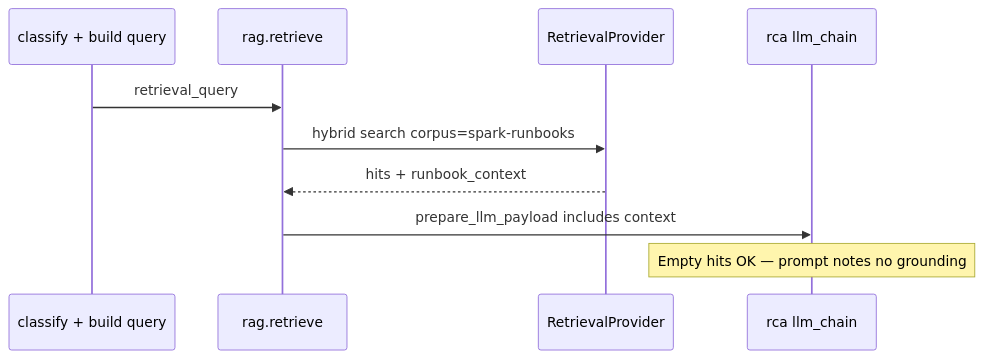
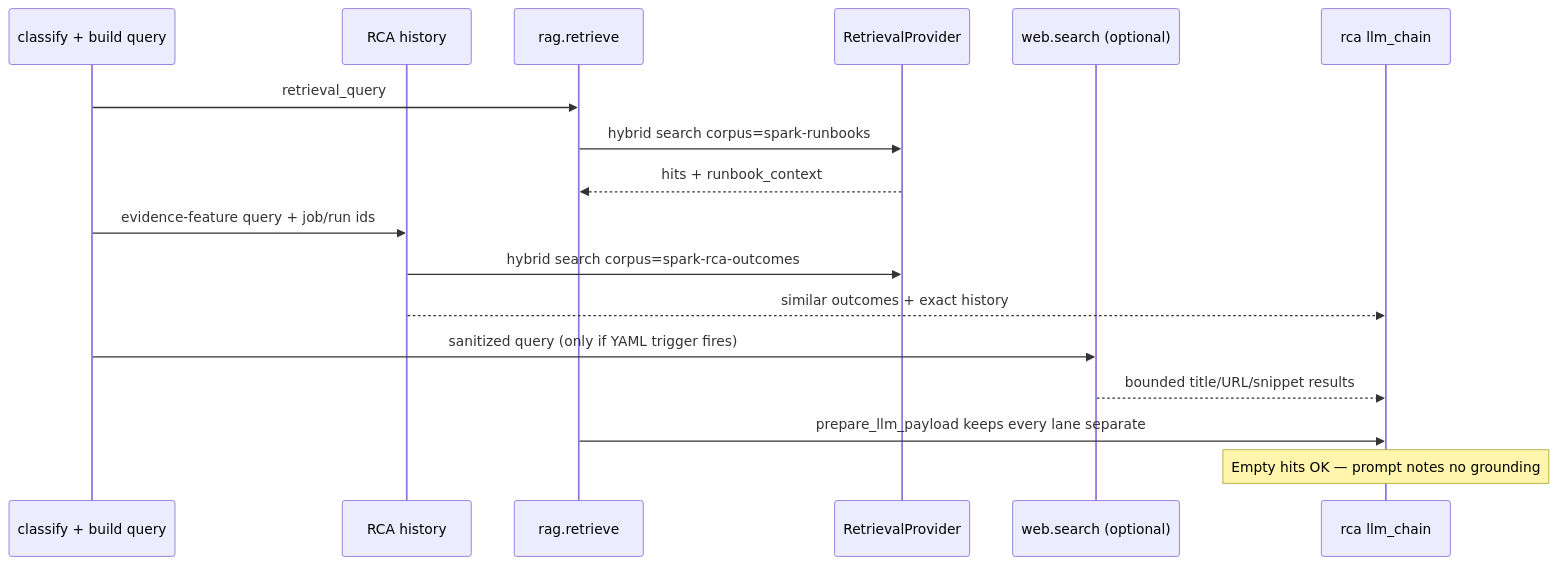
One commit to sabbineni07/edim-dde-domain changed the second of 2 diagrams in docs/domain/spark-rca-agent.md. Above: the diagram before and after it, drawn with Mermaid. The commit also changed other lines of this file and 33 other files, not shown here.

Commit message:
end to end job failure RCA enhancement and test

````diff
--- a/docs/domain/spark-rca-agent.md
+++ b/docs/domain/spark-rca-agent.md
@@ -240,12 +339,19 @@
 ```mermaid
 sequenceDiagram
   participant C as classify + build query
+  participant H as RCA history
   participant R as rag.retrieve
   participant I as RetrievalProvider
+  participant W as web.search (optional)
   participant L as rca llm_chain
   C->>R: retrieval_query
   R->>I: hybrid search corpus=spark-runbooks
   I-->>R: hits + runbook_context
-  R->>L: prepare_llm_payload includes context
+  C->>H: evidence-feature query + job/run ids
+  H->>I: hybrid search corpus=spark-rca-outcomes
+  H-->>L: similar outcomes + exact history
+  C->>W: sanitized query (only if YAML trigger fires)
+  W-->>L: bounded title/URL/snippet results
+  R->>L: prepare_llm_payload keeps every lane separate
   Note over L: Empty hits OK — prompt notes no grounding
 ```
````
